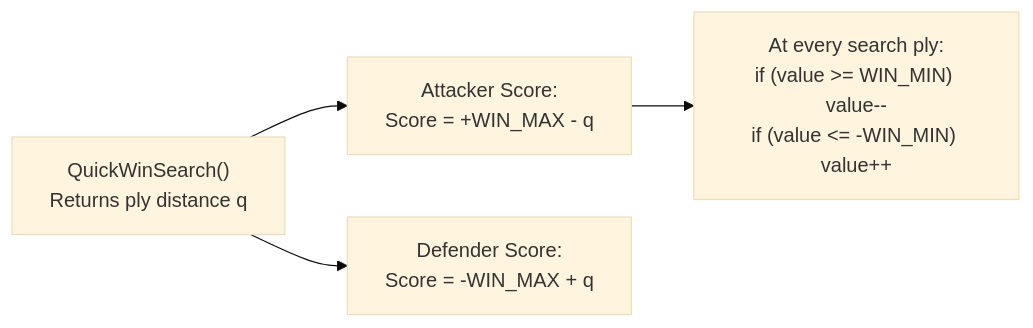
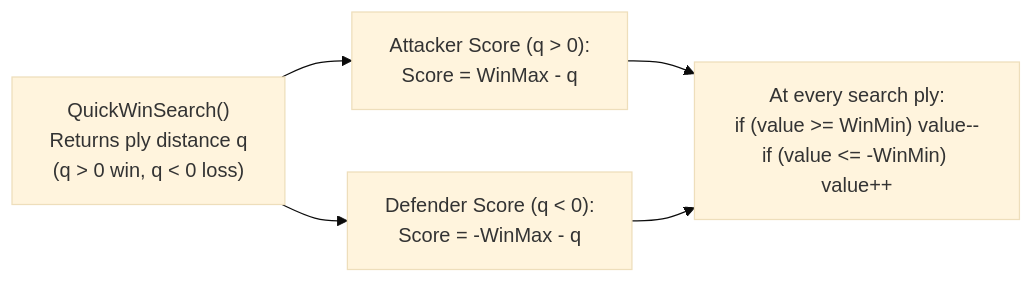
The diagram in docs/brain/05-evaluation.md (cjp-dev/Gomoku), drawn with Mermaid (base theme) before and after one commit. The commit also changed other lines of this file and 26 other files, not shown here.

````diff
--- a/docs/brain/05-evaluation.md
+++ b/docs/brain/05-evaluation.md
@@ -76,6 +79,7 @@
 ```mermaid
 flowchart LR
-    QuickWin["QuickWinSearch()<br/>Returns ply distance q"] --> Attacker["Attacker Score:<br/>Score = +WIN_MAX - q"]
-    QuickWin --> Defender["Defender Score:<br/>Score = -WIN_MAX + q"]
-    Attacker --> PlyDecay["At every search ply:<br/>if (value &gt;= WIN_MIN) value--<br/>if (value &lt;= -WIN_MIN) value++"]
+    QuickWin["QuickWinSearch()<br/>Returns ply distance q<br/>(q &gt; 0 win, q &lt; 0 loss)"] --> Attacker["Attacker Score (q &gt; 0):<br/>Score = WinMax - q"]
+    QuickWin --> Defender["Defender Score (q &lt; 0):<br/>Score = -WinMax - q"]
+    Attacker --> PlyDecay["At every search ply:<br/>if (value &gt;= WinMin) value--<br/>if (value &lt;= -WinMin) value++"]
+    Defender --> PlyDecay
 ```
````
